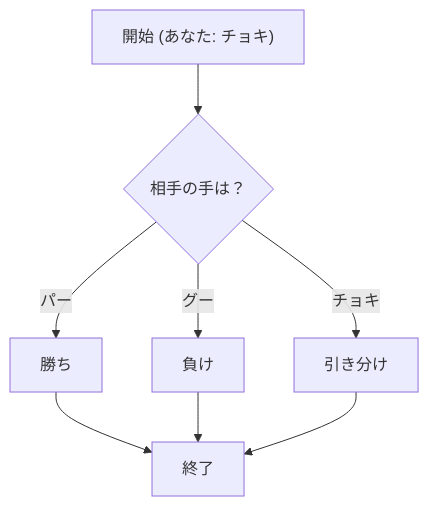
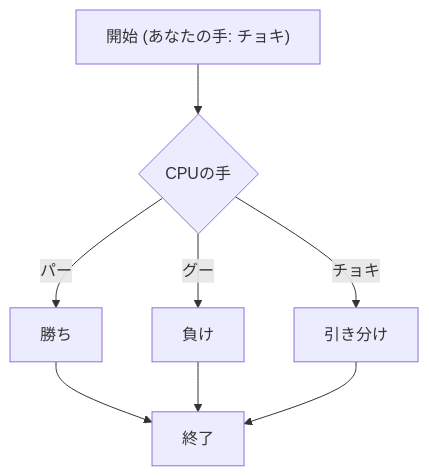
The second of 3 diagrams in README.md (Bunnies0722/webpro_06), drawn with Mermaid before and after one commit. The commit also changed other lines of this file, not shown here.

````diff
--- a/README.md
+++ b/README.md
@@ -37,18 +37,18 @@
 ```mermaid
 flowchart TD;
 
-start2["開始 (あなた: チョキ)"];
+start2["開始 (あなたの手: チョキ)"];
 end2["終了"];
-cpu2{"相手の手は？"};
+cpu2{"CPUの手"};
 win2["勝ち"];
 loose2["負け"];
 draw2["引き分け"];
 
 start2 --> cpu2;
 cpu2 --> |パー| win2;
 cpu2 --> |グー| loose2;
 cpu2 --> |チョキ| draw2;
 win2 --> end2;
 loose2 --> end2;
 draw2 --> end2;
 ```
````
